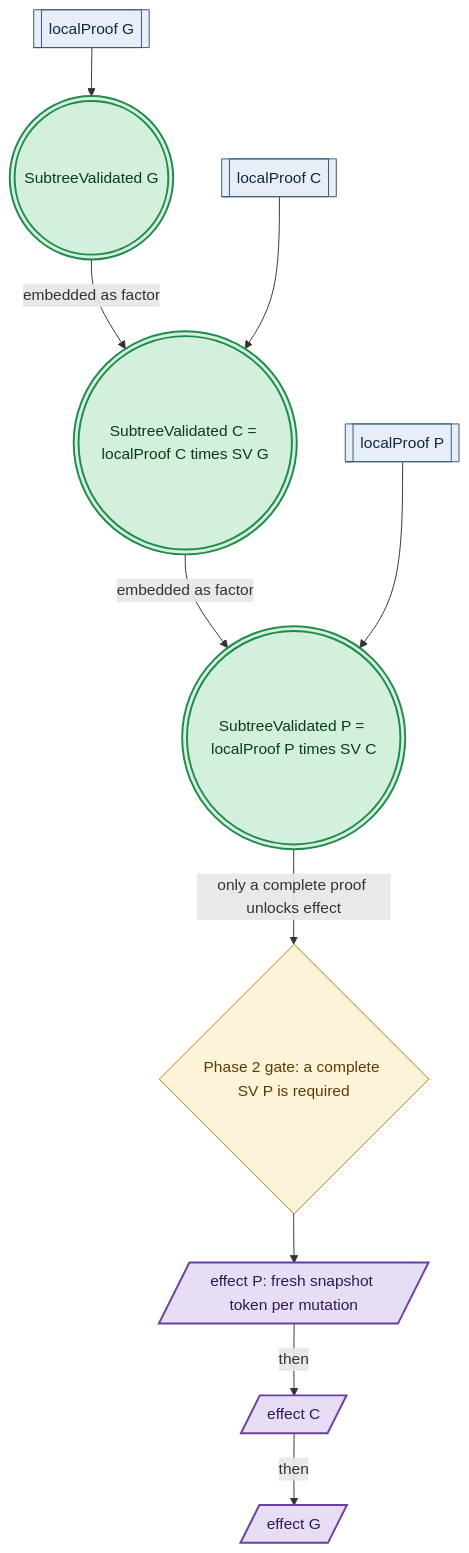
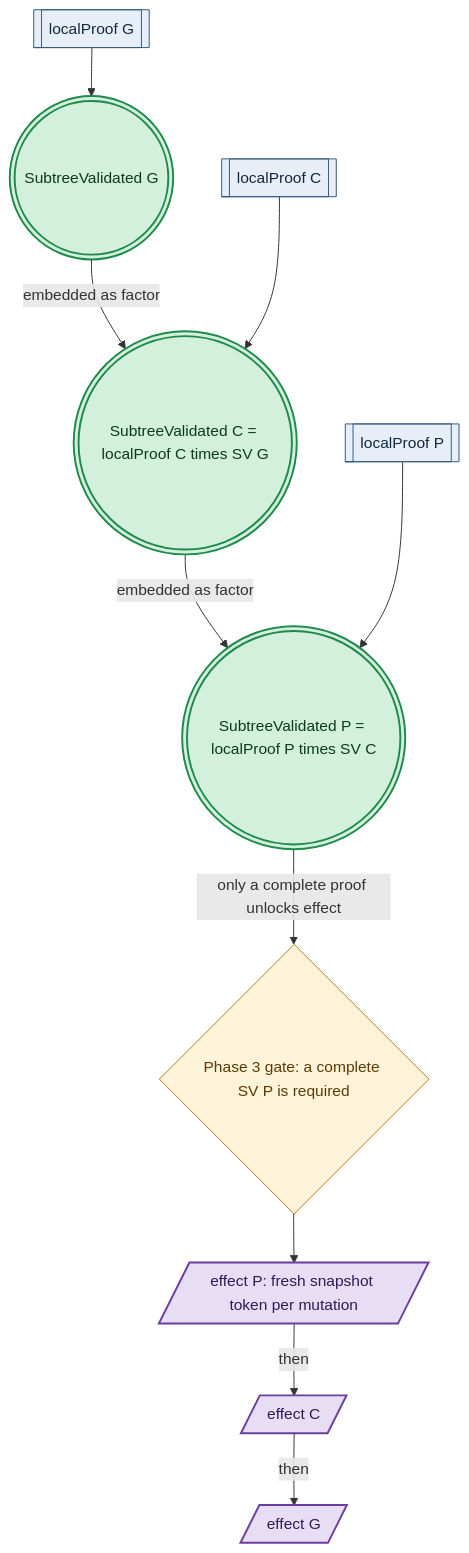
Before and after one commit to Tuee22/amoebius: the third of 4 diagrams in documents/engineering/preflight_validation_doctrine.md, drawn with Mermaid. The commit also changed other lines of this file and 323 other files, not shown here.

````diff
--- a/documents/engineering/preflight_validation_doctrine.md
+++ b/documents/engineering/preflight_validation_doctrine.md
@@ -196,27 +196,27 @@
 ```mermaid
 flowchart TD
 %% register: algebra
   glp[["localProof G"]]:::intent
   svg((("SubtreeValidated G"))):::seal
   clp[["localProof C"]]:::intent
   svc((("SubtreeValidated C = localProof C times SV G"))):::seal
   plp[["localProof P"]]:::intent
   svp((("SubtreeValidated P = localProof P times SV C"))):::seal
-  gate1{"Phase 2 gate: a complete SV P is required"}:::decision
+  gate1{"Phase 3 gate: a complete SV P is required"}:::decision
   ep[/"effect P: fresh snapshot token per mutation"/]:::effect
   ec[/"effect C"/]:::effect
   eg[/"effect G"/]:::effect
   glp --> svg
   svg -->|"embedded as factor"| svc
   clp --> svc
   svc -->|"embedded as factor"| svp
   plp --> svp
   svp -->|"only a complete proof unlocks effect"| gate1
   gate1 --> ep
   ep -->|"then"| ec
   ec -->|"then"| eg
   classDef intent   fill:#e8eef7,stroke:#33587a,color:#12283f,stroke-width:1px
   classDef decision fill:#fdf3d8,stroke:#b8791b,color:#5c3a06,stroke-width:1px
   classDef effect   fill:#e7ddf5,stroke:#6b3fa0,color:#2f1a52,stroke-width:2px
   classDef seal     fill:#d3f0dd,stroke:#1f8a4c,color:#0c3a1f,stroke-width:2px
 ```
````
